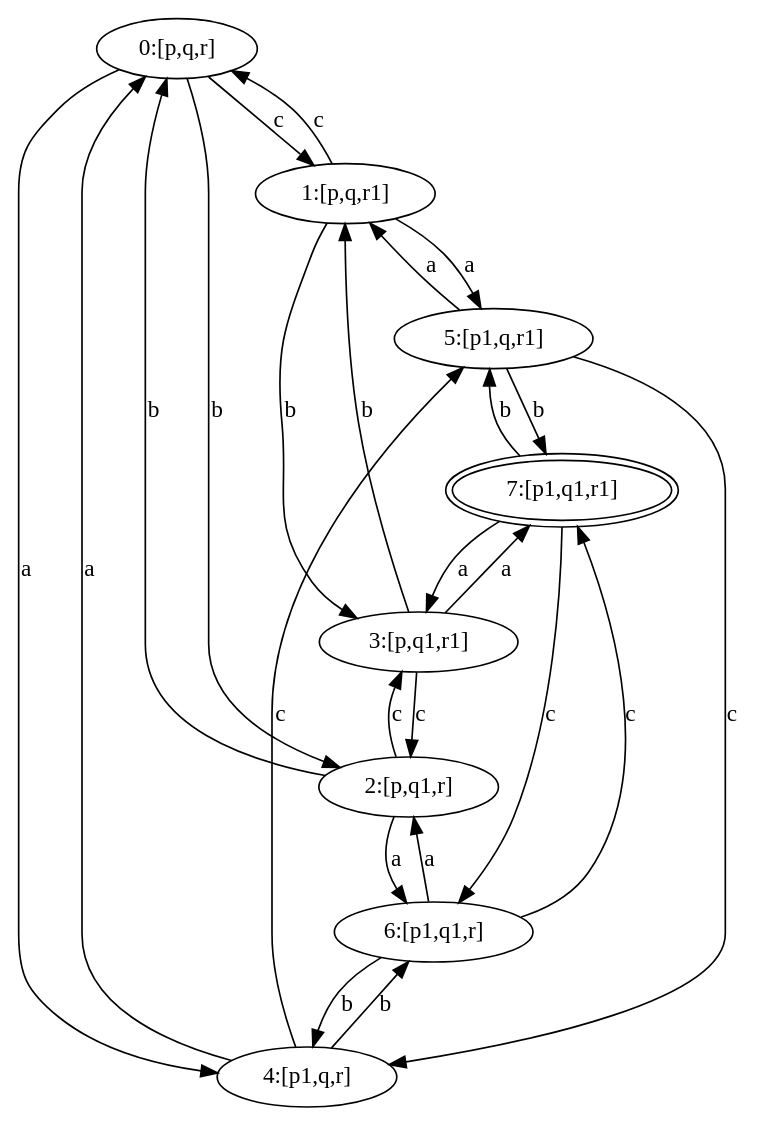
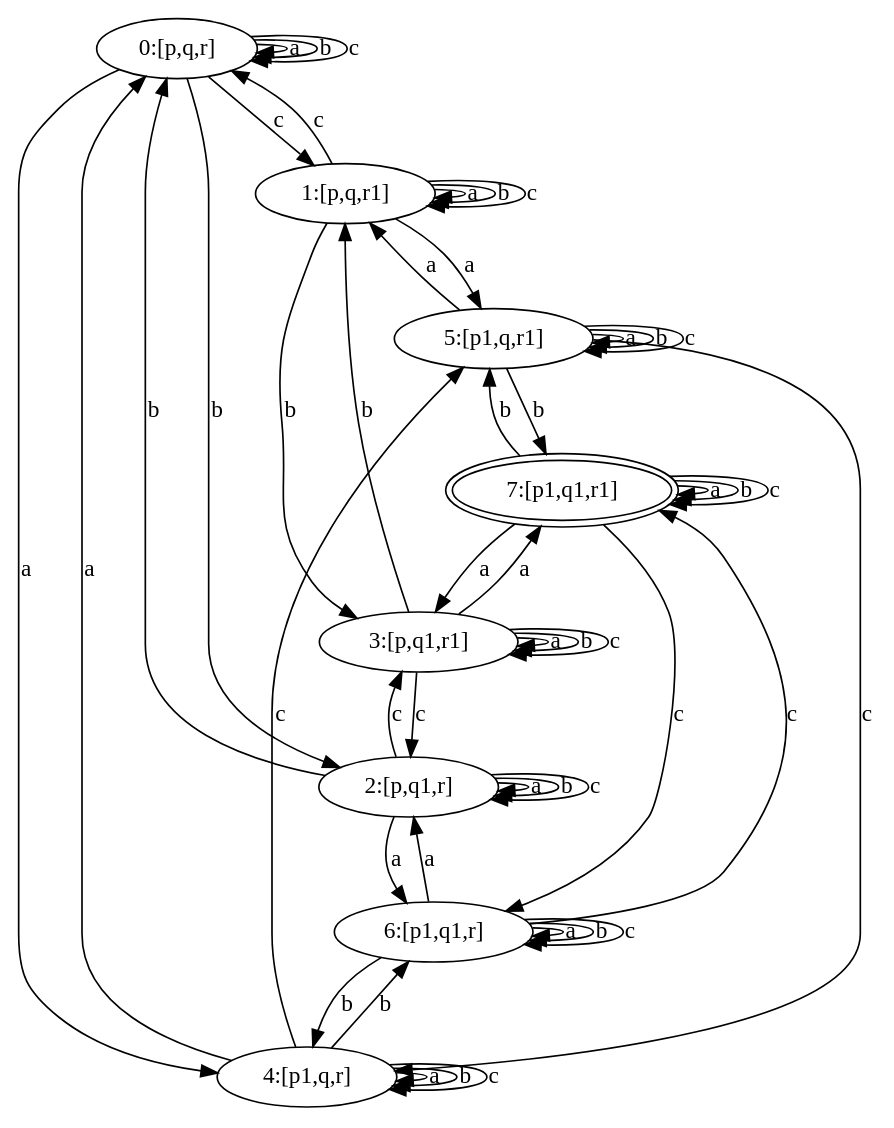
The diagram in criancas.dot (pghiraldelli/trabalhoLogProg), drawn with Graphviz before and after one commit. The commit also changed 10 other files, not shown here.

```diff
--- a/criancas.dot
+++ b/criancas.dot
@@ -1,1 +1,1 @@
-digraph G { 0[label ="0:[p,q,r]"] ; 1[label ="1:[p,q,r1]"] ; 2[label ="2:[p,q1,r]"] ; 3[label ="3:[p,q1,r1]"] ; 4[label ="4:[p1,q,r]"] ; 5[label ="5:[p1,q,r1]"] ; 6[label ="6:[p1,q1,r]"] ; 7[label ="7:[p1,q1,r1]",peripheries = 2] ; 0 -> 1 [label=c] ; 0 -> 2 [label=b] ; 0 -> 4 [label=a] ; 1 -> 0 [label=c] ; 1 -> 3 [label=b] ; 1 -> 5 [label=a] ; 2 -> 0 [label=b] ; 2 -> 3 [label=c] ; 2 -> 6 [label=a] ; 3 -> 1 [label=b] ; 3 -> 2 [label=c] ; 3 -> 7 [label=a] ; 4 -> 0 [label=a] ; 4 -> 5 [label=c] ; 4 -> 6 [label=b] ; 5 -> 1 [label=a] ; 5 -> 4 [label=c] ; 5 -> 7 [label=b] ; 6 -> 2 [label=a] ; 6 -> 4 [label=b] ; 6 -> 7 [label=c] ; 7 -> 3 [label=a] ; 7 -> 5 [label=b] ; 7 -> 6 [label=c] }
+digraph G { 0[label ="0:[p,q,r]"] ; 1[label ="1:[p,q,r1]"] ; 2[label ="2:[p,q1,r]"] ; 3[label ="3:[p,q1,r1]"] ; 4[label ="4:[p1,q,r]"] ; 5[label ="5:[p1,q,r1]"] ; 6[label ="6:[p1,q1,r]"] ; 7[label ="7:[p1,q1,r1]",peripheries = 2] ; 0 -> 0 [label=a] ; 0 -> 0 [label=b] ; 0 -> 0 [label=c] ; 0 -> 1 [label=c] ; 0 -> 2 [label=b] ; 0 -> 4 [label=a] ; 1 -> 0 [label=c] ; 1 -> 1 [label=a] ; 1 -> 1 [label=b] ; 1 -> 1 [label=c] ; 1 -> 3 [label=b] ; 1 -> 5 [label=a] ; 2 -> 0 [label=b] ; 2 -> 2 [label=a] ; 2 -> 2 [label=b] ; 2 -> 2 [label=c] ; 2 -> 3 [label=c] ; 2 -> 6 [label=a] ; 3 -> 1 [label=b] ; 3 -> 2 [label=c] ; 3 -> 3 [label=a] ; 3 -> 3 [label=b] ; 3 -> 3 [label=c] ; 3 -> 7 [label=a] ; 4 -> 0 [label=a] ; 4 -> 4 [label=a] ; 4 -> 4 [label=b] ; 4 -> 4 [label=c] ; 4 -> 5 [label=c] ; 4 -> 6 [label=b] ; 5 -> 1 [label=a] ; 5 -> 4 [label=c] ; 5 -> 5 [label=a] ; 5 -> 5 [label=b] ; 5 -> 5 [label=c] ; 5 -> 7 [label=b] ; 6 -> 2 [label=a] ; 6 -> 4 [label=b] ; 6 -> 6 [label=a] ; 6 -> 6 [label=b] ; 6 -> 6 [label=c] ; 6 -> 7 [label=c] ; 7 -> 3 [label=a] ; 7 -> 5 [label=b] ; 7 -> 6 [label=c] ; 7 -> 7 [label=a] ; 7 -> 7 [label=b] ; 7 -> 7 [label=c] }
```
